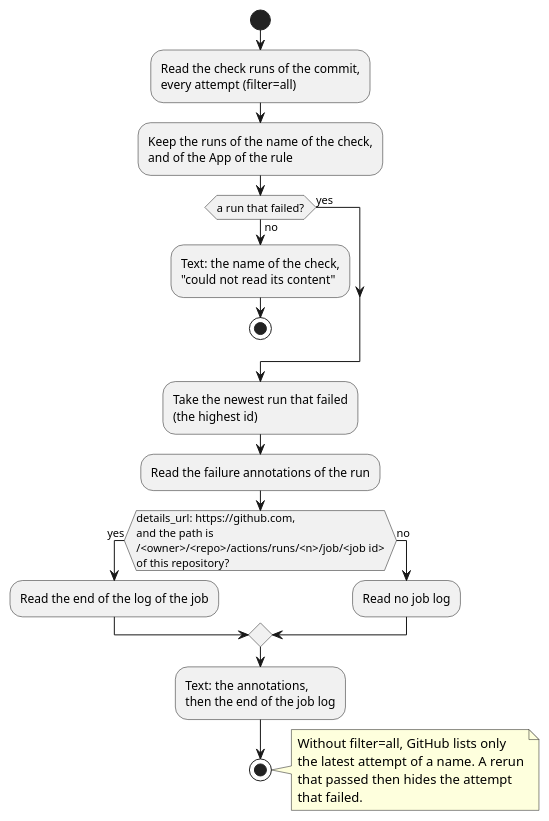
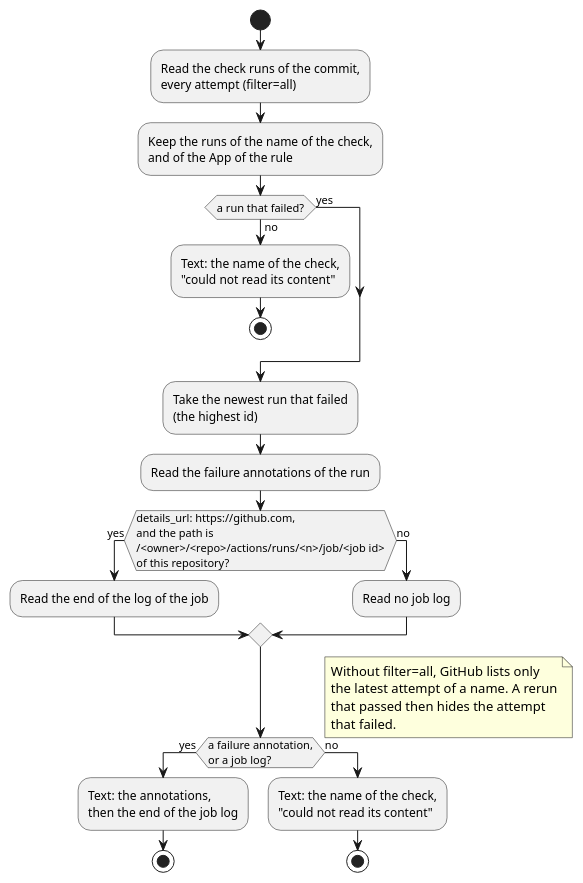
Before and after one commit to cloveclovedev/cumin-works: the diagram in docs/ja/designs/poll-failed-check.puml, drawn with PlantUML. The commit also changed 5 other files, not shown here.

First line of the commit message:
test(github): prove that the newest failed attempt of a check is read

```diff
--- a/docs/ja/designs/poll-failed-check.puml
+++ b/docs/ja/designs/poll-failed-check.puml
@@ -1,40 +1,47 @@
 @startuml poll-failed-check
 ' cumin works - how cumin reads the content of one failed required check, for "request a check fix".
 ' Document: poll.md, the reading of the content of a failed check.
 ' Render: run scripts/render-diagrams.sh at the root of the repository.
 skinparam shadowing false
 skinparam defaultFontName sans-serif
 
 start
 :Read the check runs of the commit,
 every attempt (filter=all);
 :Keep the runs of the name of the check,
 and of the App of the rule;
 if (a run that failed?) then (no)
   :Text: the name of the check,
   "could not read its content";
   stop
 else (yes)
 endif
 :Take the newest run that failed
 (the highest id);
 :Read the failure annotations of the run;
 if (details_url: https://github.com,
 and the path is
 /<owner>/<repo>/actions/runs/<n>/job/<job id>
 of this repository?) then (yes)
   :Read the end of the log of the job;
 else (no)
   :Read no job log;
 endif
-:Text: the annotations,
-then the end of the job log;
-stop
+if (a failure annotation,
+or a job log?) then (yes)
+  :Text: the annotations,
+  then the end of the job log;
+  stop
+else (no)
+  :Text: the name of the check,
+  "could not read its content";
+  stop
+endif
 
 note right
   Without filter=all, GitHub lists only
   the latest attempt of a name. A rerun
   that passed then hides the attempt
   that failed.
 end note
 @enduml
```
